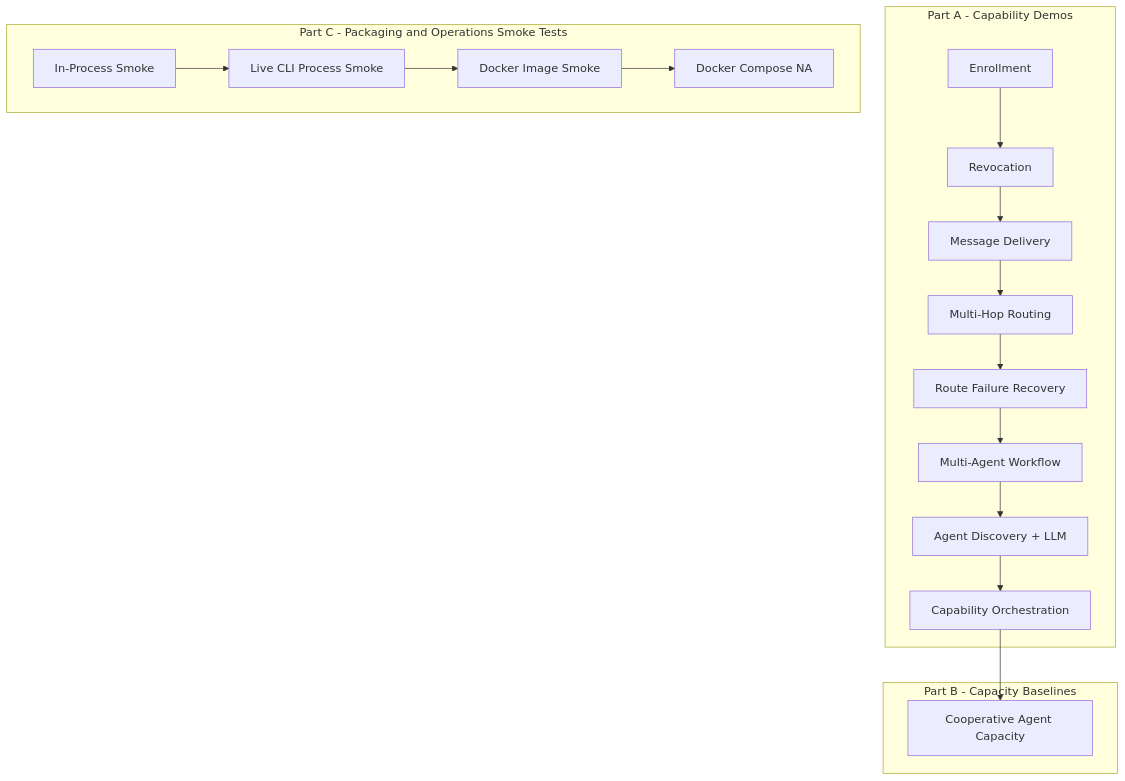
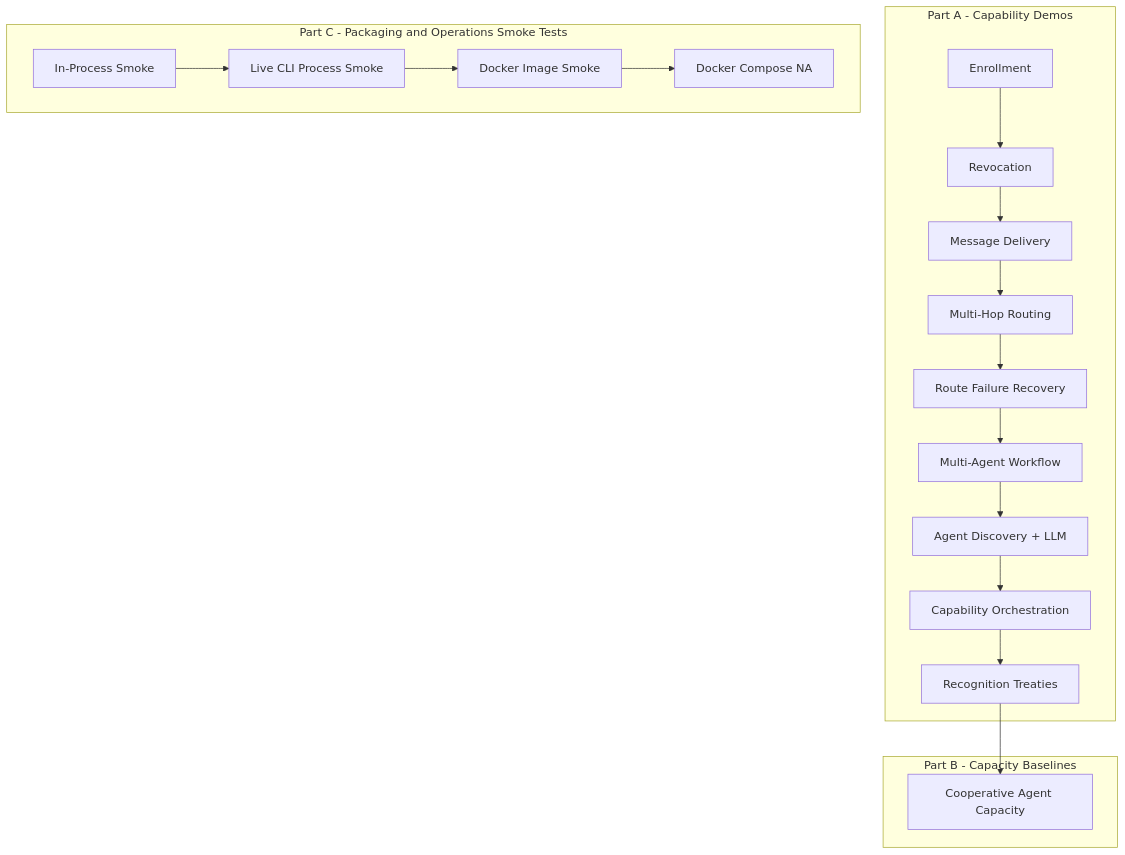
The first of 12 diagrams in docs/examples/demos.md (GenesisMeshLabs/genesismesh), drawn with Mermaid before and after one commit. The commit also changed other lines of this file and 22 other files, not shown here.

Commit message:
release: v0.10.0 recognition treaties

````diff
--- a/docs/examples/demos.md
+++ b/docs/examples/demos.md
@@ -25,28 +25,29 @@
 ```{mermaid}
 flowchart TD
     subgraph A[Part A - Capability Demos]
         A1[Enrollment]
         A2[Revocation]
         A3[Message Delivery]
         A4[Multi-Hop Routing]
         A5[Route Failure Recovery]
         A6[Multi-Agent Workflow]
         A7[Agent Discovery + LLM]
         A8[Capability Orchestration]
+        A9[Recognition Treaties]
     end
 
     subgraph B[Part B - Capacity Baselines]
         B1[Cooperative Agent Capacity]
     end
 
     subgraph C[Part C - Packaging and Operations Smoke Tests]
         C1[In-Process Smoke]
         C2[Live CLI Process Smoke]
         C3[Docker Image Smoke]
         C4[Docker Compose NA]
     end
 
-    A1 --> A2 --> A3 --> A4 --> A5 --> A6 --> A7 --> A8
-    A8 --> B1
+    A1 --> A2 --> A3 --> A4 --> A5 --> A6 --> A7 --> A8 --> A9
+    A9 --> B1
     C1 --> C2 --> C3 --> C4
 ```
````
